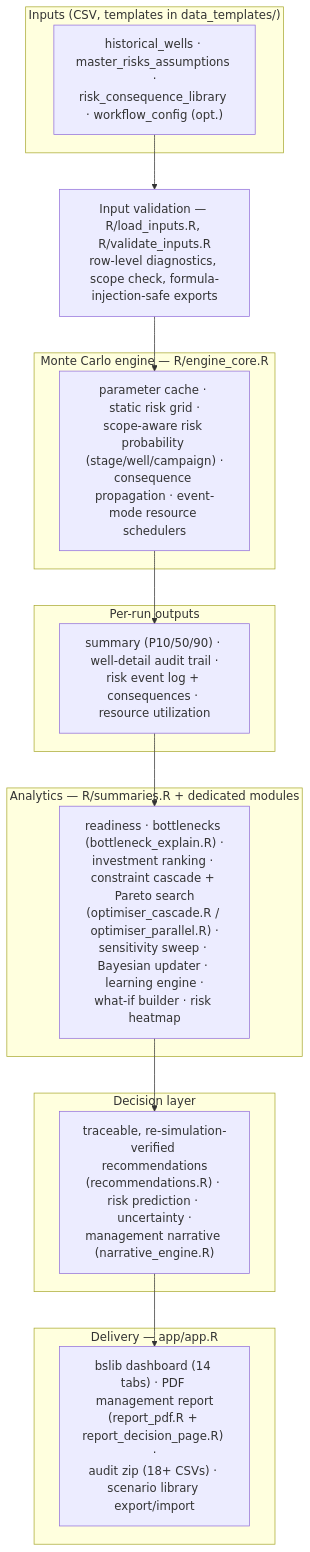
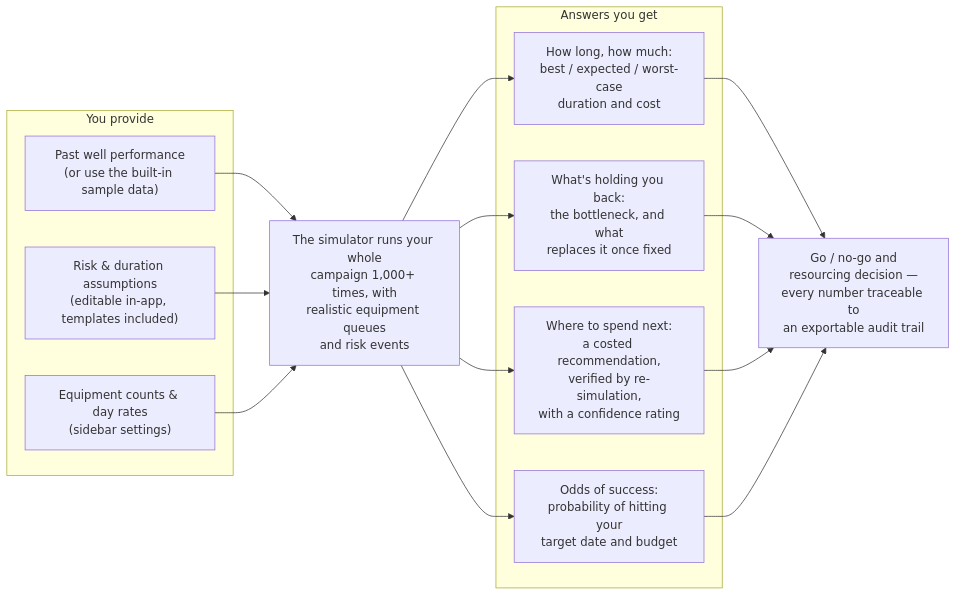
The diagram in README.md (djimrastephane/Frac_Campaign_Planning), drawn with Mermaid before and after one commit. The commit also changed other lines of this file and 1 other file, not shown here.

First paragraph of the commit message:
Make the README architecture diagram executive-friendly (#67)
The README's top-level architecture diagram was written for developers
(file names, "parameter cache", "bslib") while the stated audience is
completion engineers, project managers, and operations teams.

````diff
--- a/README.md
+++ b/README.md
@@ -231,30 +233,27 @@
 ```mermaid
-flowchart TD
-    subgraph inputs ["Inputs (CSV, templates in data_templates/)"]
-        IN["historical_wells · master_risks_assumptions ·<br/>risk_consequence_library · workflow_config (opt.)"]
+flowchart LR
+    subgraph provide ["You provide"]
+        A["Past well performance<br/>(or use the built-in sample data)"]
+        B["Risk & duration assumptions<br/>(editable in-app, templates included)"]
+        C["Equipment counts & day rates<br/>(sidebar settings)"]
     end
 
-    VAL["Input validation — R/load_inputs.R, R/validate_inputs.R<br/>row-level diagnostics, scope check, formula-injection-safe exports"]
+    SIM["The simulator runs your whole<br/>campaign 1,000+ times, with<br/>realistic equipment queues<br/>and risk events"]
 
-    subgraph engine ["Monte Carlo engine — R/engine_core.R"]
-        ENG["parameter cache · static risk grid ·<br/>scope-aware risk probability (stage/well/campaign) ·<br/>consequence propagation · event-mode resource schedulers"]
+    subgraph get ["Answers you get"]
+        D["How long, how much:<br/>best / expected / worst-case<br/>duration and cost"]
+        E["What's holding you back:<br/>the bottleneck, and what<br/>replaces it once fixed"]
+        F["Where to spend next:<br/>a costed recommendation,<br/>verified by re-simulation,<br/>with a confidence rating"]
+        G["Odds of success:<br/>probability of hitting your<br/>target date and budget"]
     end
 
-    subgraph results ["Per-run outputs"]
-        RES["summary (P10/50/90) · well-detail audit trail ·<br/>risk event log + consequences · resource utilization"]
-    end
+    DECIDE["Go / no-go and<br/>resourcing decision —<br/>every number traceable to<br/>an exportable audit trail"]
 
-    subgraph analytics ["Analytics — R/summaries.R + dedicated modules"]
-        ANA["readiness · bottlenecks (bottleneck_explain.R) ·<br/>investment ranking · constraint cascade + Pareto search<br/>(optimiser_cascade.R / optimiser_parallel.R) ·<br/>sensitivity sweep · Bayesian updater · learning engine ·<br/>what-if builder · risk heatmap"]
-    end
-
-    subgraph decision ["Decision layer"]
-        DEC["traceable, re-simulation-verified recommendations<br/>(recommendations.R) · risk prediction · uncertainty ·<br/>management narrative (narrative_engine.R)"]
-    end
-
-    subgraph outputs ["Delivery — app/app.R"]
-        OUT["bslib dashboard (14 tabs) · PDF management report<br/>(report_pdf.R + report_decision_page.R) ·<br/>audit zip (18+ CSVs) · scenario library export/import"]
-    end
-
-    IN --> VAL --> ENG --> RES --> ANA --> DEC --> OUT
+    A --> SIM
+    B --> SIM
+    C --> SIM
+    SIM --> D --> DECIDE
+    SIM --> E --> DECIDE
+    SIM --> F --> DECIDE
+    SIM --> G --> DECIDE
 ```
````
